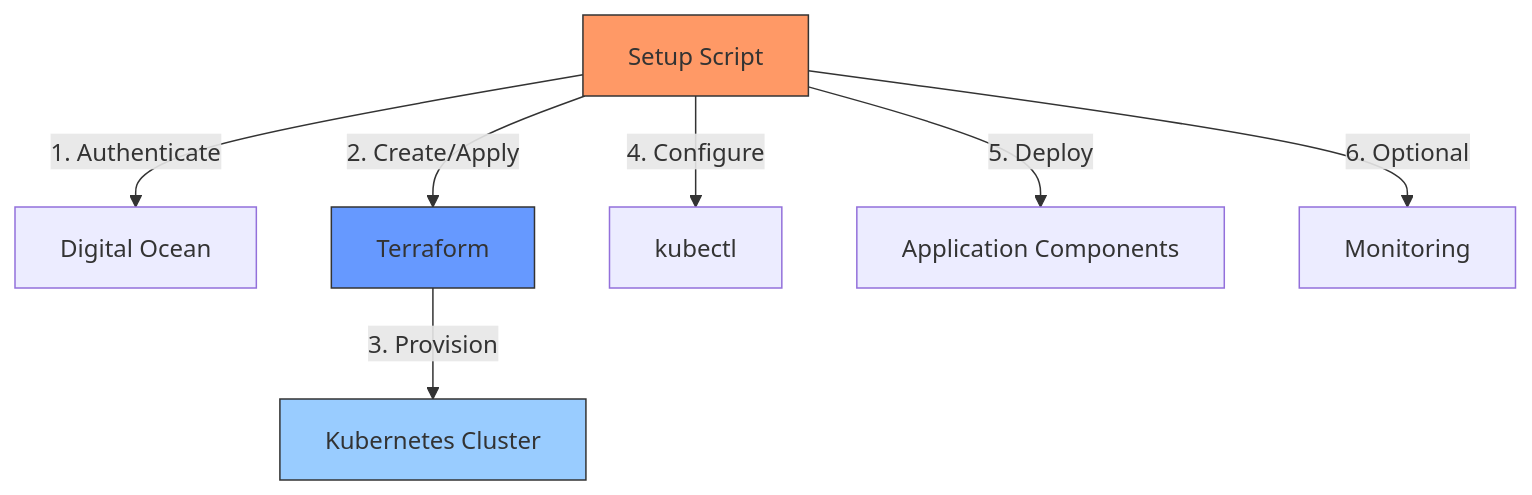
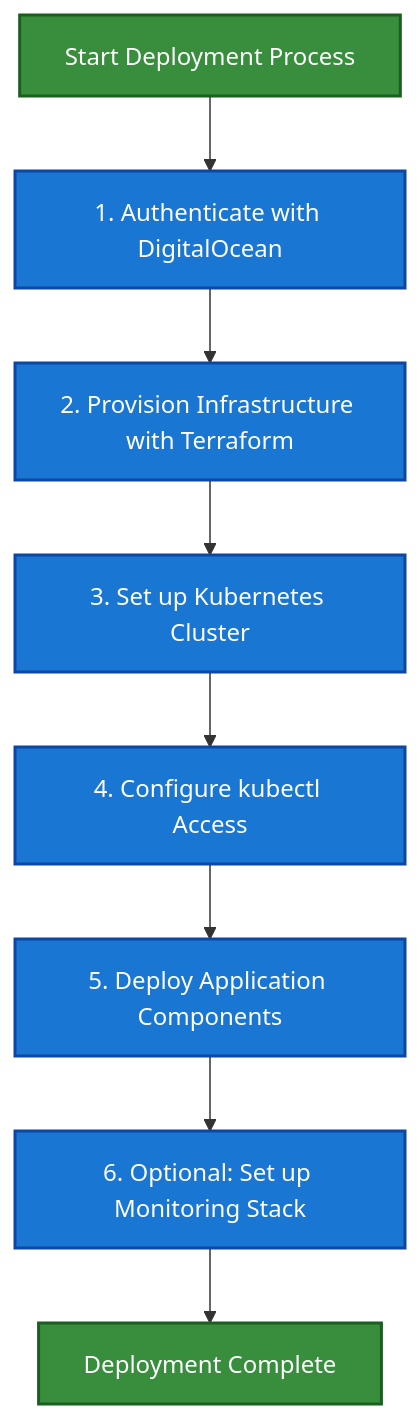
One commit to tuandung222/convert-asr-encdec-to-ctc changed the fourth of 5 diagrams in README.md. Above: the diagram before and after it, drawn with Mermaid. The commit also changed other lines of this file, not shown here.

Commit message:
Update diagrams in README with more professional, technically accurate visualizations

````diff
--- a/README.md
+++ b/README.md
@@ -355,13 +355,26 @@
 ```mermaid
 graph TD
-    Setup[Setup Script]-->|1. Authenticate|DO[Digital Ocean]
-    Setup-->|2. Create/Apply|TF[Terraform]
-    TF-->|3. Provision|K8s[Kubernetes Cluster]
-    Setup-->|4. Configure|KC[kubectl]
-    Setup-->|5. Deploy|App[Application Components]
-    Setup-->|6. Optional|Mon[Monitoring]
+    Start[Start Deployment Process]
+    Authenticate[1. Authenticate with DigitalOcean]
+    Provision[2. Provision Infrastructure with Terraform]
+    SetupCluster[3. Set up Kubernetes Cluster]
+    ConfigureKubectl[4. Configure kubectl Access]
+    DeployComponents[5. Deploy Application Components]
+    SetupMonitoring[6. Optional: Set up Monitoring Stack]
+    Complete[Deployment Complete]
 
-    style Setup fill:#f96,stroke:#333
-    style TF fill:#69f,stroke:#333
-    style K8s fill:#9cf,stroke:#333
+    Start --> Authenticate
+    Authenticate --> Provision
+    Provision --> SetupCluster
+    SetupCluster --> ConfigureKubectl
+    ConfigureKubectl --> DeployComponents
+    DeployComponents --> SetupMonitoring
+    SetupMonitoring --> Complete
+
+    %% Style definitions
+    classDef stepStyle fill:#1976D2,stroke:#0D47A1,stroke-width:2px,color:#FFFFFF
+    class Authenticate,Provision,SetupCluster,ConfigureKubectl,DeployComponents,SetupMonitoring stepStyle
+
+    style Start fill:#388E3C,stroke:#1B5E20,stroke-width:2px,color:#FFFFFF
+    style Complete fill:#388E3C,stroke:#1B5E20,stroke-width:2px,color:#FFFFFF
 ```
````
